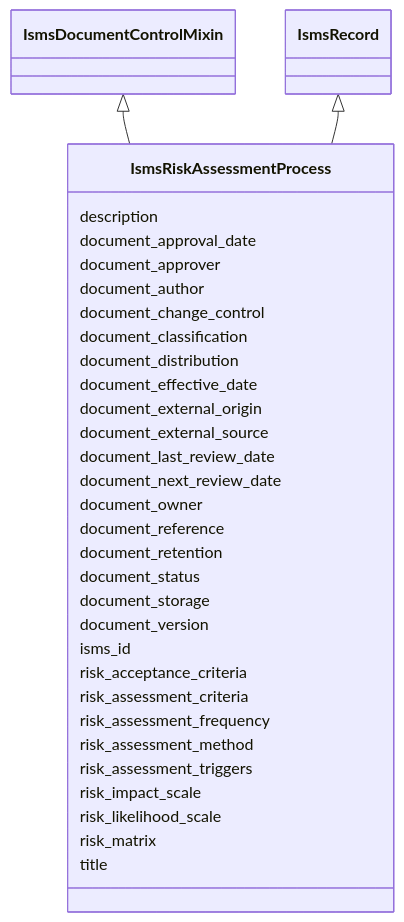
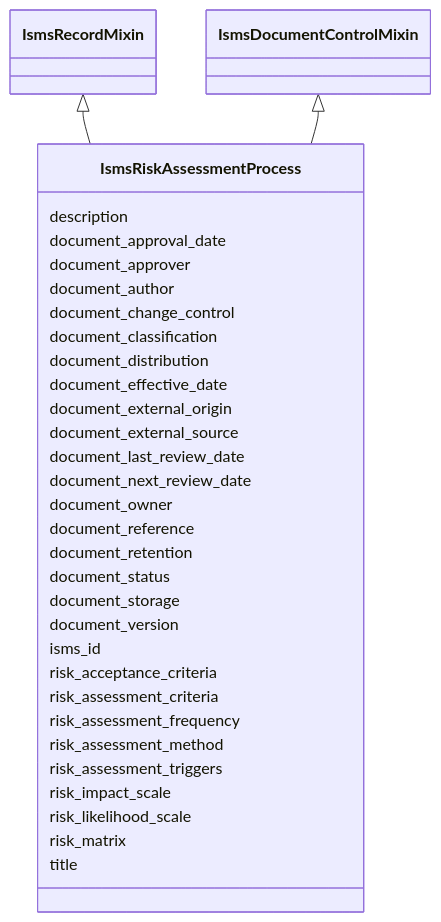
One commit to lmodel/iso27001 changed the diagram in project/mermaid/IsmsRiskAssessmentProcess.md. Above: the diagram before and after it, drawn with Mermaid. The commit also changed 171 other files, not shown here.

Commit message:
refactor(schema): make the record base a mixin so adapt can root records

````diff
--- a/project/mermaid/IsmsRiskAssessmentProcess.md
+++ b/project/mermaid/IsmsRiskAssessmentProcess.md
@@ -4,67 +4,67 @@
 ```mermaid
  classDiagram
     class IsmsRiskAssessmentProcess
     click IsmsRiskAssessmentProcess href "../IsmsRiskAssessmentProcess"
+      IsmsRecordMixin <|-- IsmsRiskAssessmentProcess
+        click IsmsRecordMixin href "../IsmsRecordMixin"
       IsmsDocumentControlMixin <|-- IsmsRiskAssessmentProcess
         click IsmsDocumentControlMixin href "../IsmsDocumentControlMixin"
-      IsmsRecord <|-- IsmsRiskAssessmentProcess
-        click IsmsRecord href "../IsmsRecord"
       
       IsmsRiskAssessmentProcess : description
         
       IsmsRiskAssessmentProcess : document_approval_date
         
       IsmsRiskAssessmentProcess : document_approver
         
       IsmsRiskAssessmentProcess : document_author
         
       IsmsRiskAssessmentProcess : document_change_control
         
       IsmsRiskAssessmentProcess : document_classification
         
       IsmsRiskAssessmentProcess : document_distribution
         
       IsmsRiskAssessmentProcess : document_effective_date
         
       IsmsRiskAssessmentProcess : document_external_origin
         
       IsmsRiskAssessmentProcess : document_external_source
         
       IsmsRiskAssessmentProcess : document_last_review_date
         
       IsmsRiskAssessmentProcess : document_next_review_date
         
       IsmsRiskAssessmentProcess : document_owner
         
       IsmsRiskAssessmentProcess : document_reference
         
       IsmsRiskAssessmentProcess : document_retention
         
       IsmsRiskAssessmentProcess : document_status
         
       IsmsRiskAssessmentProcess : document_storage
         
       IsmsRiskAssessmentProcess : document_version
         
       IsmsRiskAssessmentProcess : isms_id
         
       IsmsRiskAssessmentProcess : risk_acceptance_criteria
         
       IsmsRiskAssessmentProcess : risk_assessment_criteria
         
       IsmsRiskAssessmentProcess : risk_assessment_frequency
         
       IsmsRiskAssessmentProcess : risk_assessment_method
         
       IsmsRiskAssessmentProcess : risk_assessment_triggers
         
       IsmsRiskAssessmentProcess : risk_impact_scale
         
       IsmsRiskAssessmentProcess : risk_likelihood_scale
         
       IsmsRiskAssessmentProcess : risk_matrix
         
       IsmsRiskAssessmentProcess : title
         
       
 ```
````
